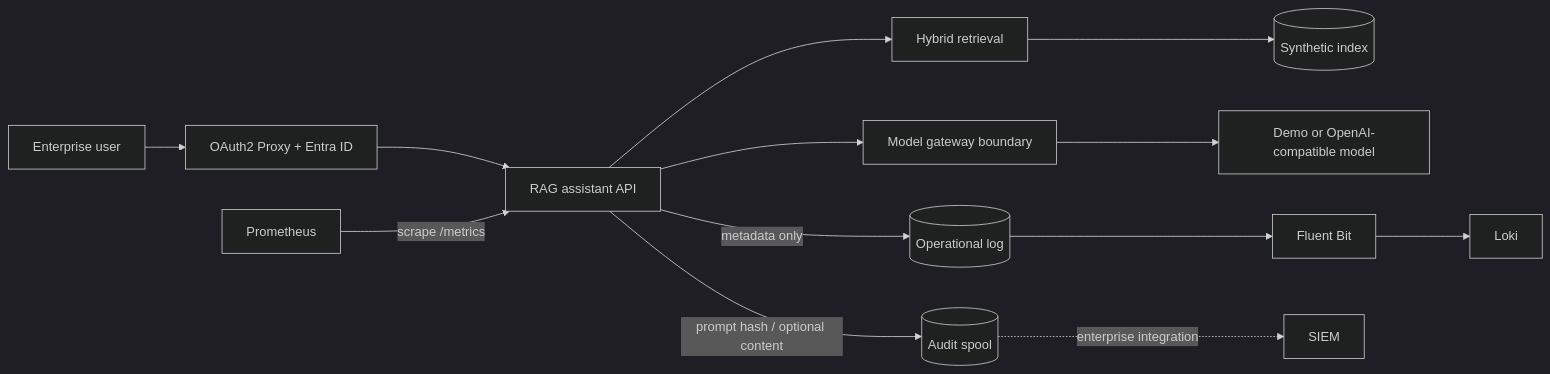
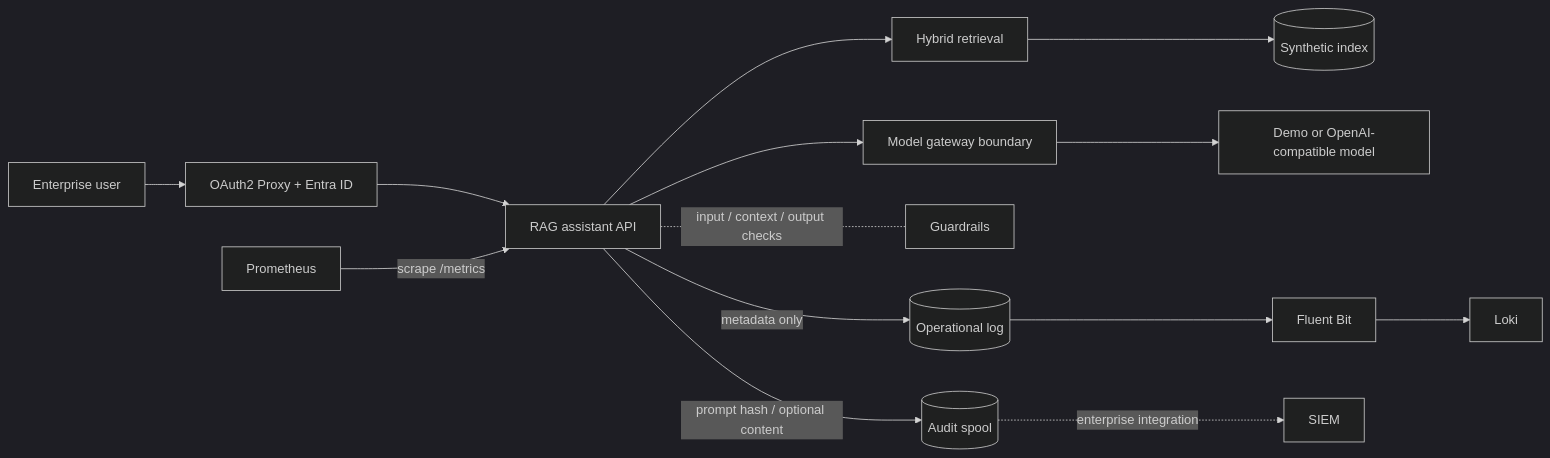
One commit to GoshaMareev/secure-llm-platform-reference changed the diagram in README.md. Above: the diagram before and after it, drawn with Mermaid (dark theme). The commit also changed other lines of this file and 23 other files, not shown here.

````diff
--- a/README.md
+++ b/README.md
@@ -22,18 +23,19 @@
 ```mermaid
 flowchart LR
     U[Enterprise user] --> AUTH[OAuth2 Proxy + Entra ID]
     AUTH --> API[RAG assistant API]
     API --> R[Hybrid retrieval]
     R --> IDX[(Synthetic index)]
     API --> G[Model gateway boundary]
+    API -. input / context / output checks .- GR[Guardrails]
     G --> M[Demo or OpenAI-compatible model]
 
     API -- metadata only --> OP[(Operational log)]
     OP --> FB[Fluent Bit]
     FB --> L[Loki]
 
     API -- prompt hash / optional content --> AU[(Audit spool)]
     AU -. enterprise integration .-> SIEM[SIEM]
 
     P[Prometheus] -->|scrape /metrics| API
 ```
````
